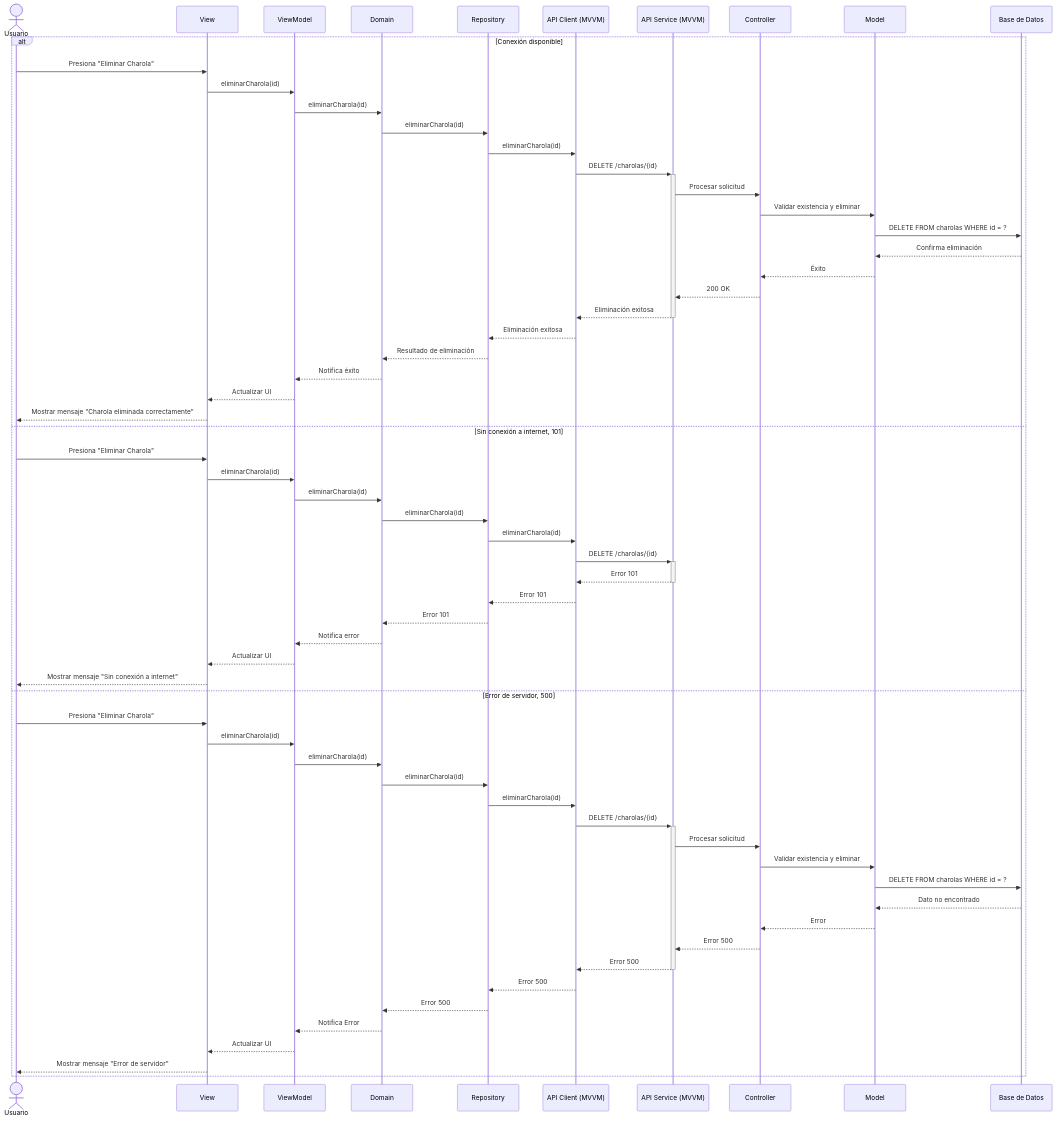
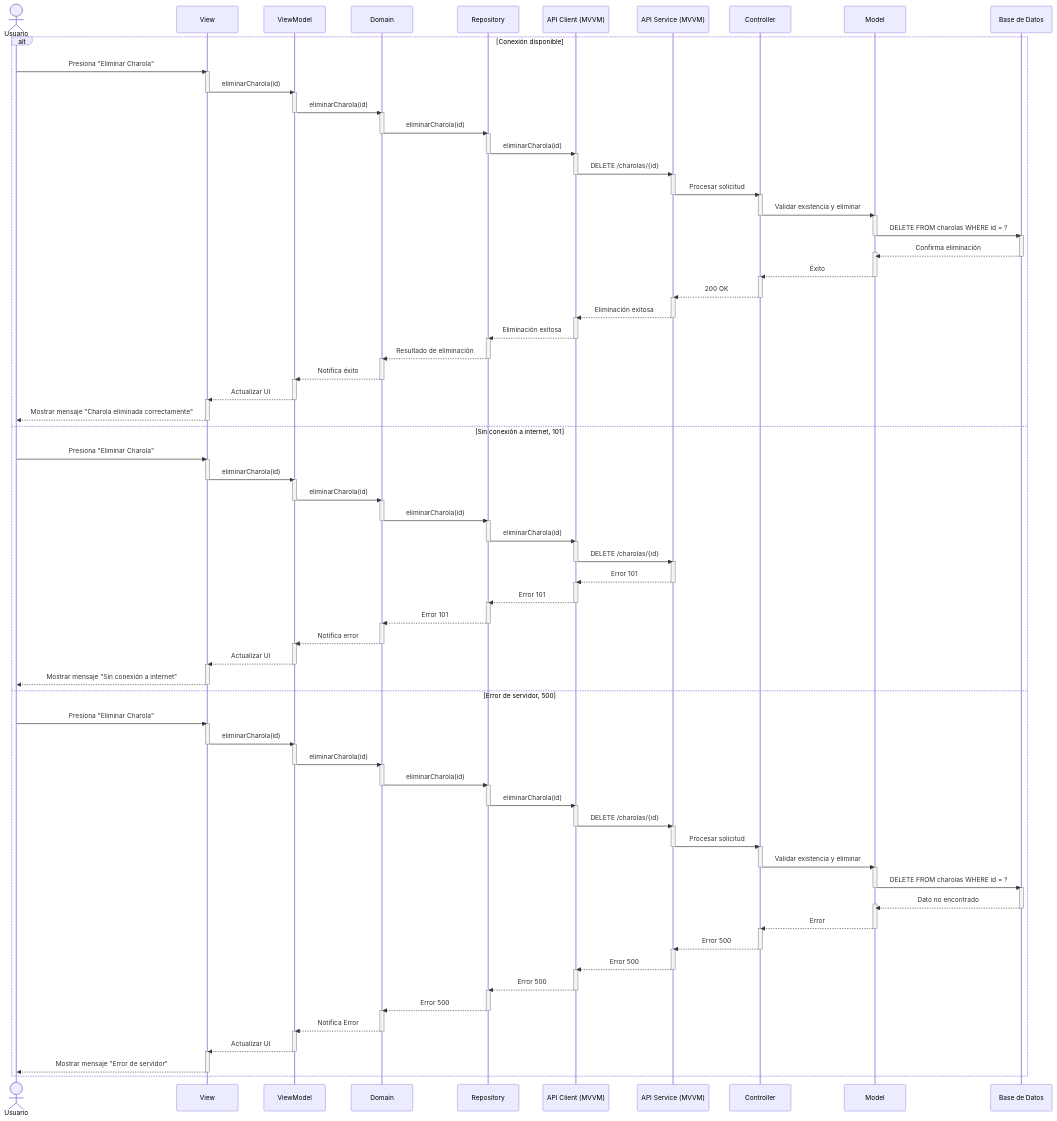
Before and after one commit to CodeAnd-Co/Documentacion: the diagram in documentation/docs/proyectos/larvas/documentacion/requisitos/RF8.md, drawn with Mermaid. The commit also changed other lines of this file and 1 other file, not shown here.

````diff
--- a/documentation/docs/proyectos/larvas/documentacion/requisitos/RF8.md
+++ b/documentation/docs/proyectos/larvas/documentacion/requisitos/RF8.md
@@ -36,62 +36,191 @@
     participant Database as Base de Datos
 
     alt Conexión disponible
-        Usuario->>View: Presiona "Eliminar Charola"
-        View->>ViewModel: eliminarCharola(id)
-        ViewModel->>Domain: eliminarCharola(id)
-        Domain->>Repository: eliminarCharola(id)
+        Usuario ->> View: Presiona "Eliminar Charola"
+        activate View
 
-        Repository->>APIClient: eliminarCharola(id)
-        APIClient->>+APIService: DELETE /charolas/{id}
-        APIService->>Controller: Procesar solicitud
-        Controller->>Model: Validar existencia y eliminar
-        Model->>Database: DELETE FROM charolas WHERE id = ?
+        View ->> ViewModel: eliminarCharola(id)
+        deactivate View
+        activate ViewModel
 
-        Database-->>Model: Confirma eliminación
-        Model-->>Controller: Éxito
-        Controller-->>APIService: 200 OK
-        APIService-->>-APIClient: Eliminación exitosa
-        APIClient-->>Repository: Eliminación exitosa
-        Repository-->>Domain: Resultado de eliminación
-        Domain-->>ViewModel: Notifica éxito
-        ViewModel-->>View: Actualizar UI
-        View-->>Usuario: Mostrar mensaje "Charola eliminada correctamente"
+        ViewModel ->> Domain: eliminarCharola(id)
+        deactivate ViewModel
+        activate Domain
+
+        Domain ->> Repository: eliminarCharola(id)
+        deactivate Domain
+        activate Repository
+
+        Repository ->> APIClient: eliminarCharola(id)
+        deactivate Repository
+        activate APIClient
+
+        APIClient ->> APIService: DELETE /charolas/{id}
+        deactivate APIClient
+        activate APIService
+
+        APIService ->> Controller: Procesar solicitud
+        deactivate APIService
+        activate Controller
+
+        Controller ->> Model: Validar existencia y eliminar
+        deactivate Controller
+        activate Model
+
+        Model ->> Database: DELETE FROM charolas WHERE id = ?
+        deactivate Model
+        activate Database
+
+        Database -->> Model: Confirma eliminación
+        activate Model
+        deactivate Database
+
+        Model -->> Controller: Éxito
+        deactivate Model
+        activate Controller
+
+        Controller -->> APIService: 200 OK
+        deactivate Controller
+        activate APIService
+
+        APIService -->> APIClient: Eliminación exitosa
+        deactivate APIService
+        activate APIClient
+
+        APIClient -->> Repository: Eliminación exitosa
+        deactivate APIClient
+        activate Repository
+
+        Repository -->> Domain: Resultado de eliminación
+        deactivate Repository
+        activate Domain
+
+        Domain -->> ViewModel: Notifica éxito
+        deactivate Domain
+        activate ViewModel
+
+        ViewModel -->> View: Actualizar UI
+        deactivate ViewModel
+        activate View
+
+        View -->> Usuario: Mostrar mensaje "Charola eliminada correctamente"
+        deactivate View
     else Sin conexión a internet, 101
-        Usuario->>View: Presiona "Eliminar Charola"
-        View->>ViewModel: eliminarCharola(id)
-        ViewModel->>Domain: eliminarCharola(id)
-        Domain->>Repository: eliminarCharola(id)
+        Usuario ->> View: Presiona "Eliminar Charola"
+        activate View
 
-        Repository->>APIClient: eliminarCharola(id)
-        APIClient->>+APIService: DELETE /charolas/{id}        
+        View ->> ViewModel: eliminarCharola(id)
+        deactivate View
+        activate ViewModel
 
-        APIService-->>-APIClient: Error 101
-        APIClient-->>Repository: Error 101
-        Repository-->>Domain: Error 101
-        Domain-->>ViewModel: Notifica error
-        ViewModel-->>View: Actualizar UI
-        View-->>Usuario: Mostrar mensaje "Sin conexión a internet"
+        ViewModel ->> Domain: eliminarCharola(id)
+        deactivate ViewModel
+        activate Domain
+
+        Domain ->> Repository: eliminarCharola(id)
+        deactivate Domain
+        activate Repository
+
+        Repository ->> APIClient: eliminarCharola(id)
+        deactivate Repository
+        activate APIClient
+
+        APIClient ->> APIService: DELETE /charolas/{id}
+        deactivate APIClient
+        activate APIService
+
+        APIService -->> APIClient: Error 101
+        deactivate APIService
+        activate APIClient
+
+        APIClient -->> Repository: Error 101
+        deactivate APIClient
+        activate Repository
+
+        Repository -->> Domain: Error 101
+        deactivate Repository
+        activate Domain
+
+        Domain -->> ViewModel: Notifica error
+        deactivate Domain
+        activate ViewModel
+
+        ViewModel -->> View: Actualizar UI
+        deactivate ViewModel
+        activate View
+
+        View -->> Usuario: Mostrar mensaje "Sin conexión a internet"
+        deactivate View
     else Error de servidor, 500
-        Usuario->>View: Presiona "Eliminar Charola"
-        View->>ViewModel: eliminarCharola(id)
-        ViewModel->>Domain: eliminarCharola(id)
-        Domain->>Repository: eliminarCharola(id)
+        Usuario ->> View: Presiona "Eliminar Charola"
+        activate View
 
-        Repository->>APIClient: eliminarCharola(id)
-        APIClient->>+APIService: DELETE /charolas/{id}
-        APIService->>Controller: Procesar solicitud
-        Controller->>Model: Validar existencia y eliminar
-        Model->>Database: DELETE FROM charolas WHERE id = ?
+        View ->> ViewModel: eliminarCharola(id)
+        deactivate View
+        activate ViewModel
 
-        Database-->>Model: Dato no encontrado
-        Model-->>Controller: Error
-        Controller-->>APIService: Error 500
-        APIService-->>-APIClient: Error 500
-        APIClient-->>Repository: Error 500
-        Repository-->>Domain: Error 500
-        Domain-->>ViewModel: Notifica Error
-        ViewModel-->>View: Actualizar UI
-        View-->>Usuario: Mostrar mensaje "Error de servidor"
+        ViewModel ->> Domain: eliminarCharola(id)
+        deactivate ViewModel
+        activate Domain
+
+        Domain ->> Repository: eliminarCharola(id)
+        deactivate Domain
+        activate Repository
+
+        Repository ->> APIClient: eliminarCharola(id)
+        deactivate Repository
+        activate APIClient
+
+        APIClient ->> APIService: DELETE /charolas/{id}
+        deactivate APIClient
+        activate APIService
+
+        APIService ->> Controller: Procesar solicitud
+        deactivate APIService
+        activate Controller
+
+        Controller ->> Model: Validar existencia y eliminar
+        deactivate Controller
+        activate Model
+
+        Model ->> Database: DELETE FROM charolas WHERE id = ?
+        deactivate Model
+        activate Database
+
+        Database -->> Model: Dato no encontrado
+        activate Model
+        deactivate Database
+
+        Model -->> Controller: Error
+        deactivate Model
+        activate Controller
+
+        Controller -->> APIService: Error 500
+        deactivate Controller
+        activate APIService
+
+        APIService -->> APIClient: Error 500
+        deactivate APIService
+        activate APIClient
+
+        APIClient -->> Repository: Error 500
+        deactivate APIClient
+        activate Repository
+
+        Repository -->> Domain: Error 500
+        deactivate Repository
+        activate Domain
+
+        Domain -->> ViewModel: Notifica Error
+        deactivate Domain
+        activate ViewModel
+
+        ViewModel -->> View: Actualizar UI
+        deactivate ViewModel
+        activate View
+
+        View -->> Usuario: Mostrar mensaje "Error de servidor"
+        deactivate View
     end
 
 ```
````
